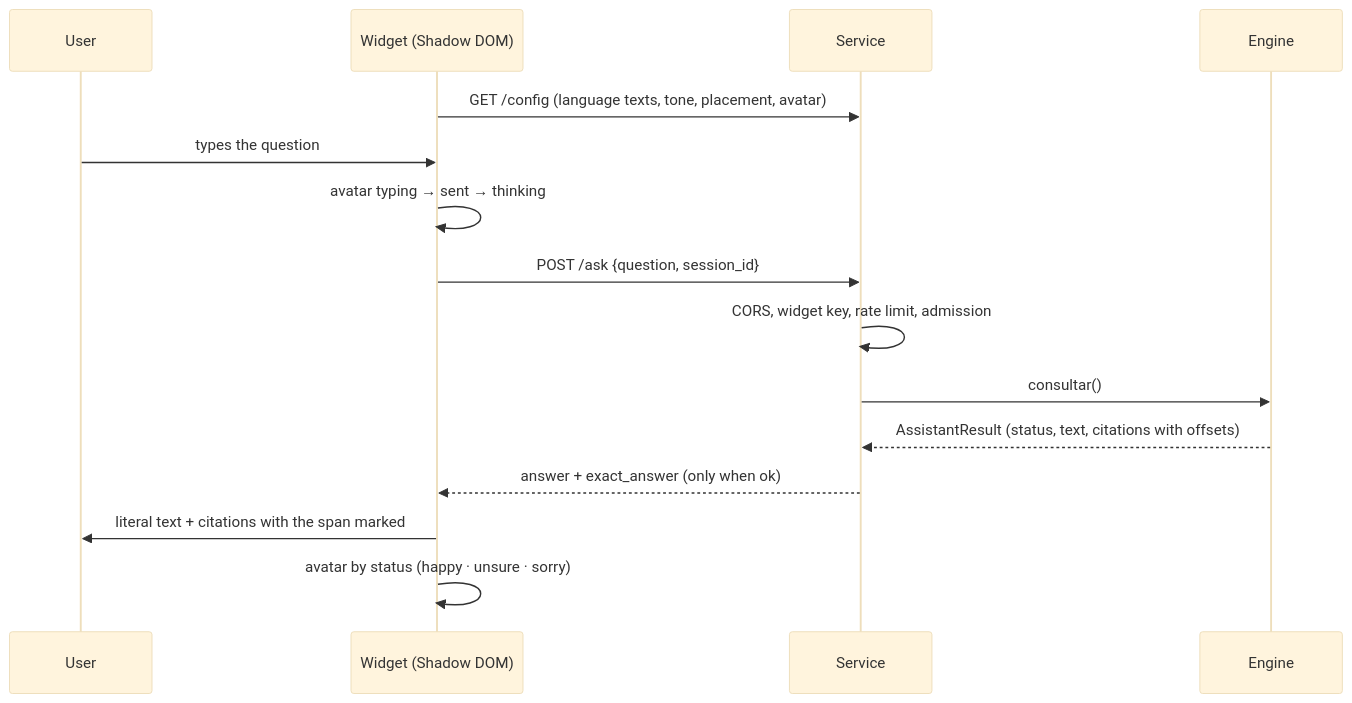
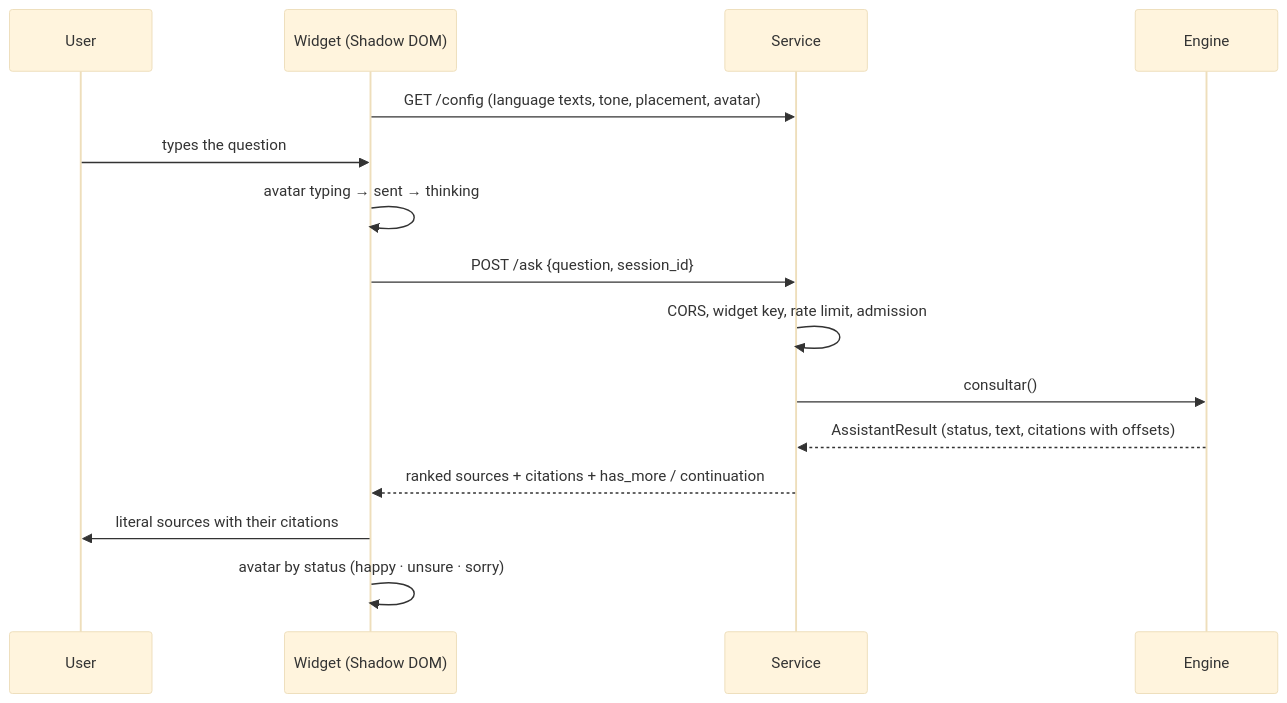
The fifth of 6 diagrams in docs/architecture.md (ClaudioH19/ipsis), drawn with Mermaid (base theme) before and after one commit. The commit also changed other lines of this file and 45 other files, not shown here.

````diff
--- a/docs/architecture.md
+++ b/docs/architecture.md
@@ -329,17 +274,17 @@
 ```mermaid
 sequenceDiagram
     participant U as User
     participant W as Widget (Shadow DOM)
     participant S as Service
     participant M as Engine
     W->>S: GET /config (language texts, tone, placement, avatar)
     U->>W: types the question
     W->>W: avatar typing → sent → thinking
     W->>S: POST /ask {question, session_id}
     S->>S: CORS, widget key, rate limit, admission
     S->>M: consultar()
     M-->>S: AssistantResult (status, text, citations with offsets)
-    S-->>W: answer + exact_answer (only when ok)
-    W->>U: literal text + citations with the span marked
+    S-->>W: ranked sources + citations + has_more / continuation
+    W->>U: literal sources with their citations
     W->>W: avatar by status (happy · unsure · sorry)
 ```
````
